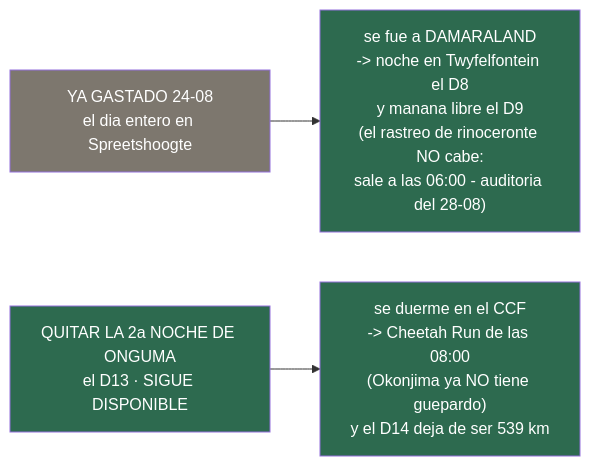
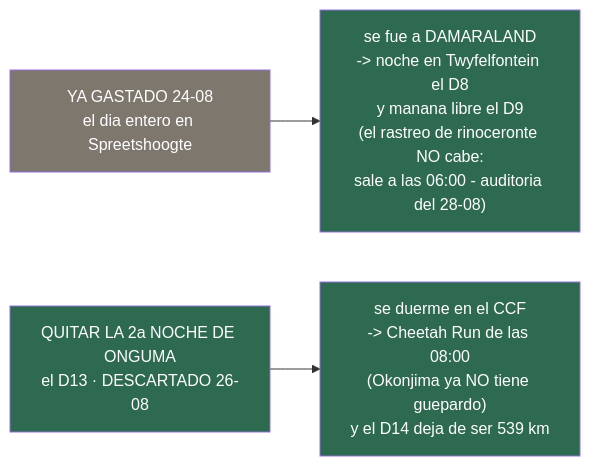
Before and after one commit to morandeirachema/namibia: the second of 2 diagrams in aparte/desvios-que-valen-la-pena.md, drawn with Mermaid. The commit also changed other lines of this file and 60 other files, not shown here.

````diff
--- a/aparte/desvios-que-valen-la-pena.md
+++ b/aparte/desvios-que-valen-la-pena.md
@@ -207,10 +207,10 @@
 ```mermaid
 flowchart LR
 %% ancho
     A["YA GASTADO 24-08<br/>el dia entero en Spreetshoogte"] --> A2["se fue a DAMARALAND<br/>-> noche en Twyfelfontein el D8<br/>y manana libre el D9<br/>(el rastreo de rinoceronte NO cabe:<br/>sale a las 06:00 - auditoria del 28-08)"]
-    B["QUITAR LA 2a NOCHE DE ONGUMA<br/>el D13 · SIGUE DISPONIBLE"] --> B2["se duerme en el CCF<br/>-> Cheetah Run de las 08:00<br/>(Okonjima ya NO tiene guepardo)<br/>y el D14 deja de ser 539 km"]
+    B["QUITAR LA 2a NOCHE DE ONGUMA<br/>el D13 · DESCARTADO 26-08"] --> B2["se duerme en el CCF<br/>-> Cheetah Run de las 08:00<br/>(Okonjima ya NO tiene guepardo)<br/>y el D14 deja de ser 539 km"]
     style A fill:#7D776E,color:#fff
     style B fill:#2d6a4f,color:#fff
     style A2 fill:#2d6a4f,color:#fff
     style B2 fill:#2d6a4f,color:#fff
 ```
````
